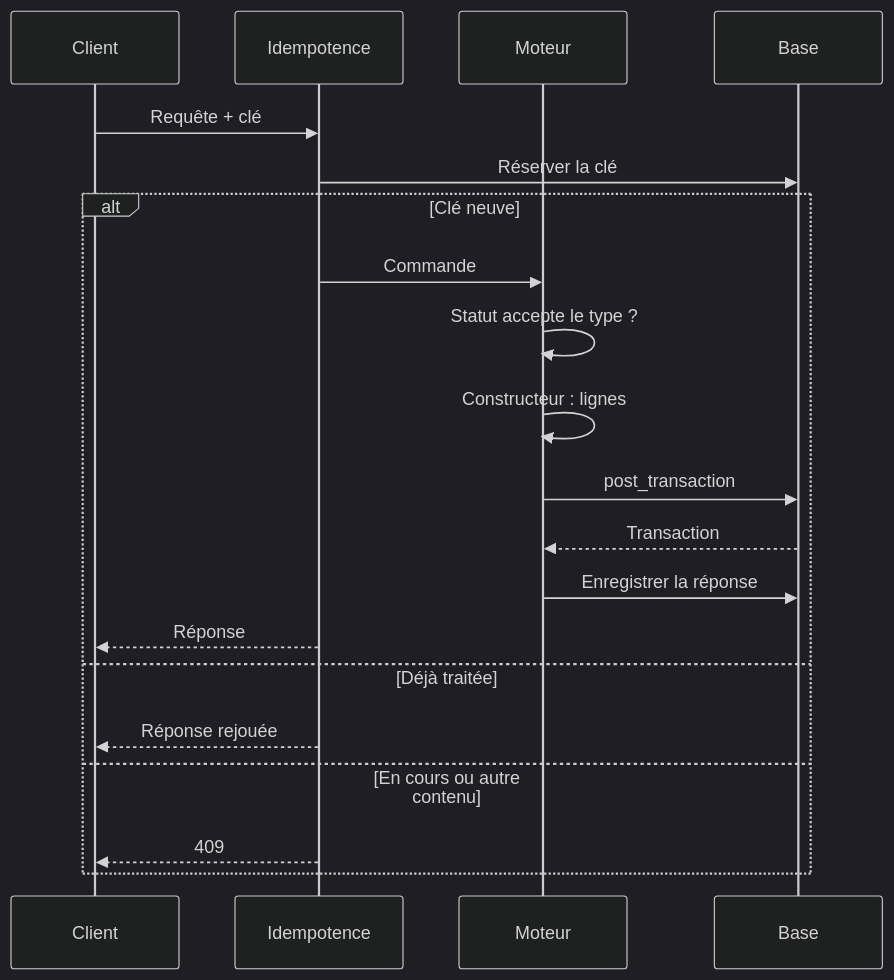
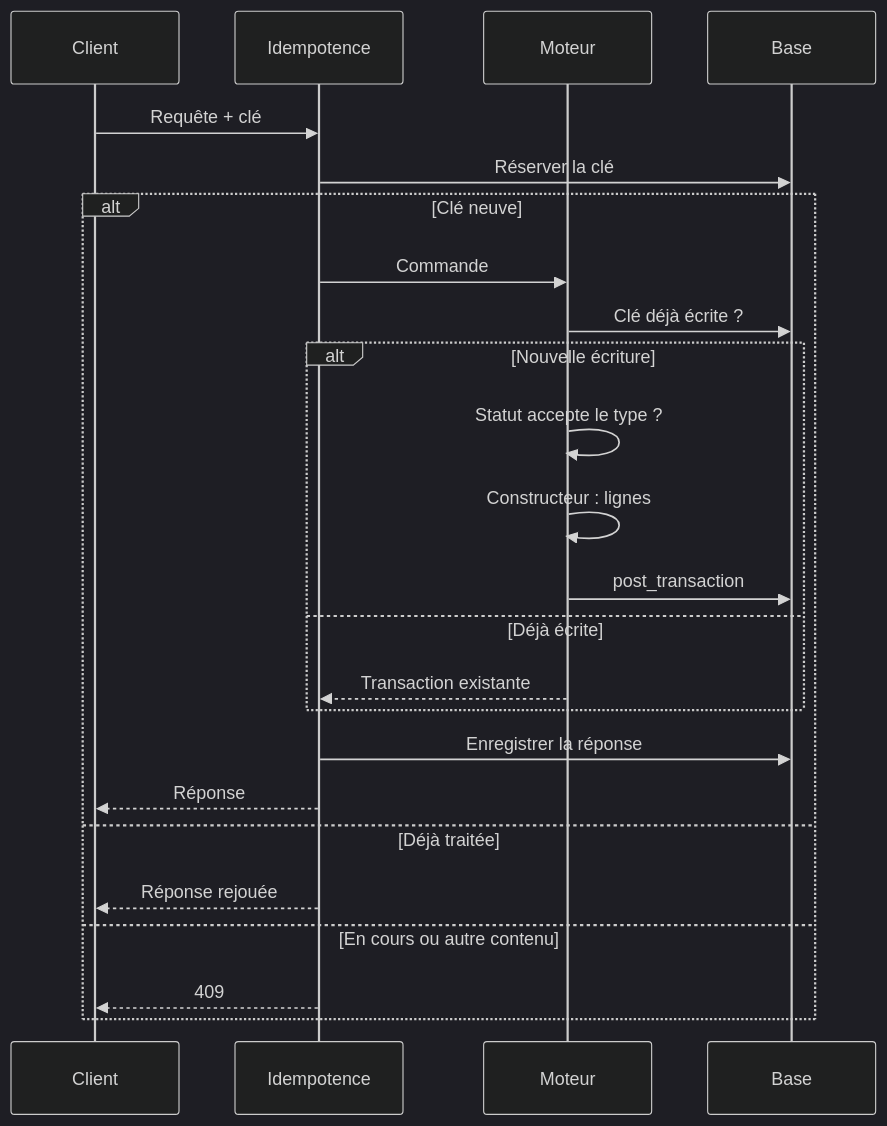
Before and after one commit to atrona8/cashless-platform: the first of 2 diagrams in kitty-specs/fondations-grand-livre-01M4AY8M/docs/sequence.md, drawn with Mermaid (dark theme). The commit also changed other lines of this file and 11 other files, not shown here.

````diff
--- a/kitty-specs/fondations-grand-livre-01M4AY8M/docs/sequence.md
+++ b/kitty-specs/fondations-grand-livre-01M4AY8M/docs/sequence.md
@@ -9,23 +10,27 @@
 ```mermaid
 sequenceDiagram
     participant C as Client
     participant I as Idempotence
     participant M as Moteur
     participant DB as Base
 
     C->>I: Requête + clé
     I->>DB: Réserver la clé
     alt Clé neuve
         I->>M: Commande
-        M->>M: Statut accepte le type ?
-        M->>M: Constructeur : lignes
-        M->>DB: post_transaction
-        DB-->>M: Transaction
-        M->>DB: Enregistrer la réponse
+        M->>DB: Clé déjà écrite ?
+        alt Nouvelle écriture
+            M->>M: Statut accepte le type ?
+            M->>M: Constructeur : lignes
+            M->>DB: post_transaction
+        else Déjà écrite
+            M-->>I: Transaction existante
+        end
+        I->>DB: Enregistrer la réponse
         I-->>C: Réponse
     else Déjà traitée
         I-->>C: Réponse rejouée
     else En cours ou autre contenu
         I-->>C: 409
     end
 ```
````
